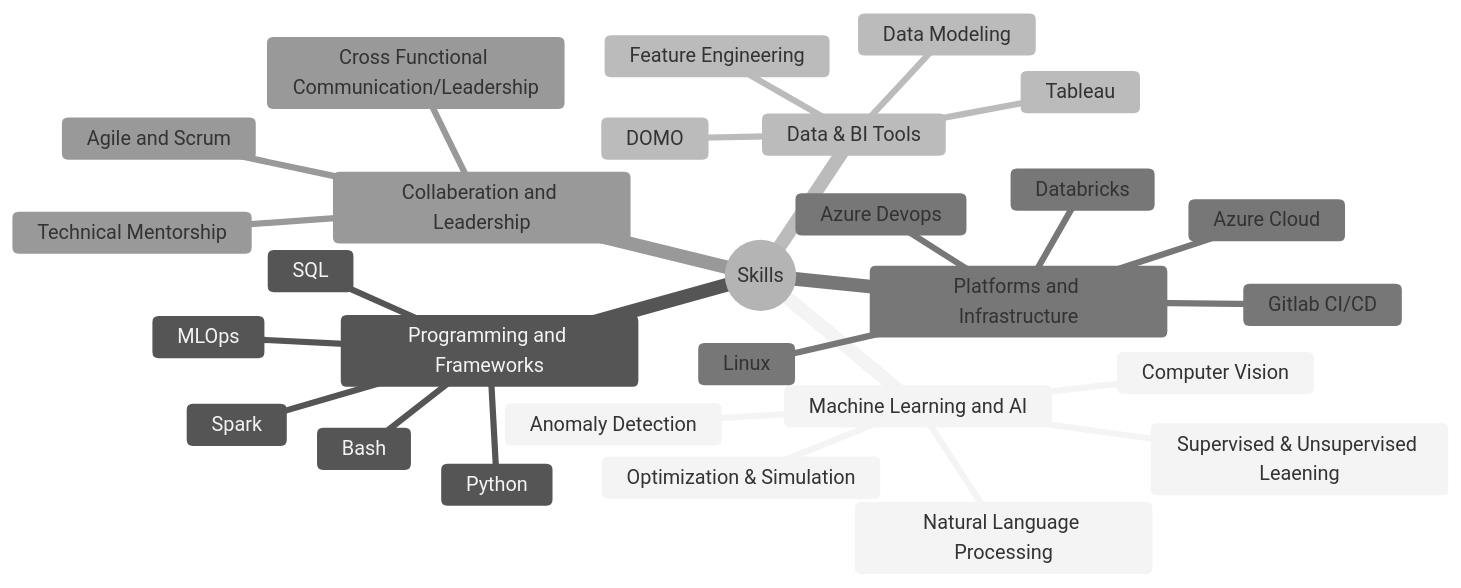
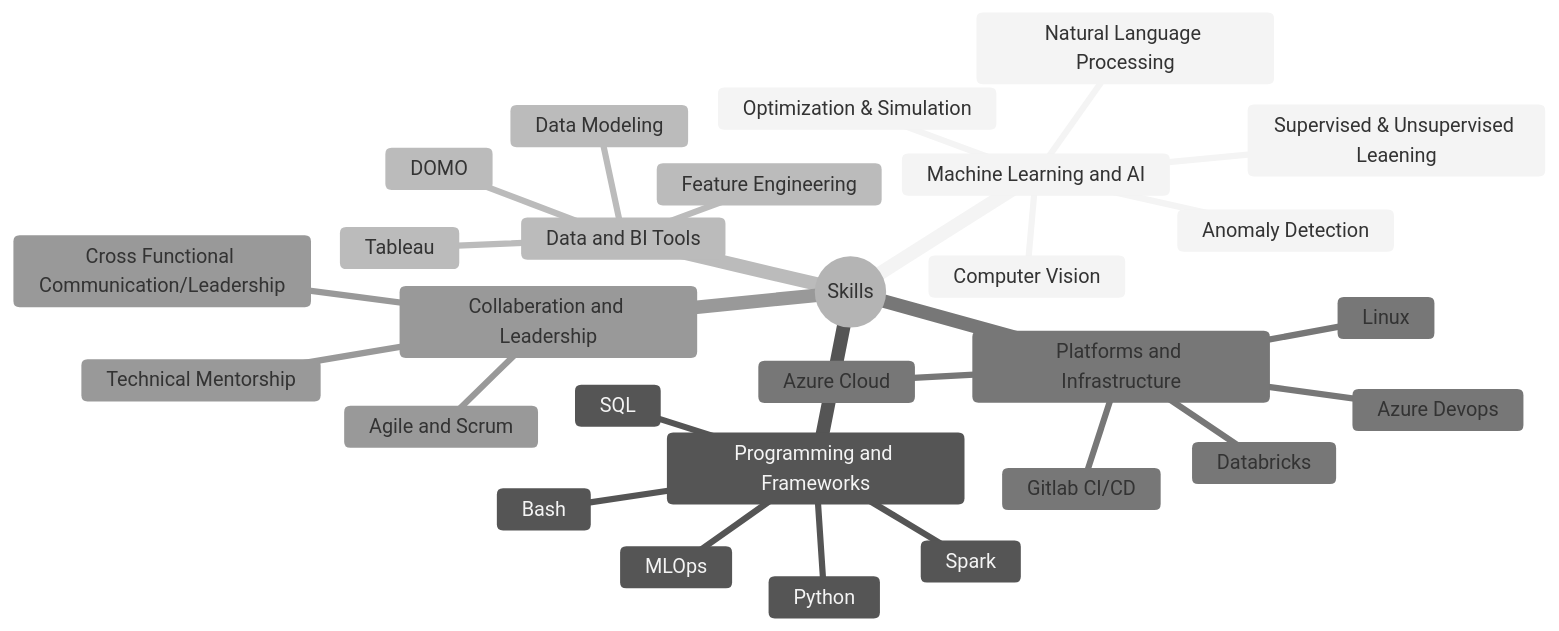
The second of 2 diagrams in qualifications.qmd (joshuacharleshyatt/personal), drawn with Mermaid before and after one commit. The commit also changed other lines of this file and 13 other files, not shown here.

````diff
--- a/qualifications.qmd
+++ b/qualifications.qmd
@@ -88,32 +91,32 @@
 ```{mermaid}
 %%{init: {'theme':'neutral'}}%%
 mindmap
   root((Skills))
     Machine Learning and AI
       Supervised & Unsupervised Leaening
       Anomaly Detection
       Natural Language Processing
       Computer Vision
       Optimization & Simulation
     Programming and Frameworks
       Python
       Bash
       SQL
       Spark
       MLOps
-    Data & BI Tools
+    Data and BI Tools
       DOMO
       Tableau
       Data Modeling
       Feature Engineering
     Platforms and Infrastructure
       Databricks
       Gitlab CI/CD
       Azure Cloud
       Azure Devops
       Linux
     Collaberation and Leadership
       Agile and Scrum
       Technical Mentorship
       Cross Functional Communication/Leadership
 ```
````
